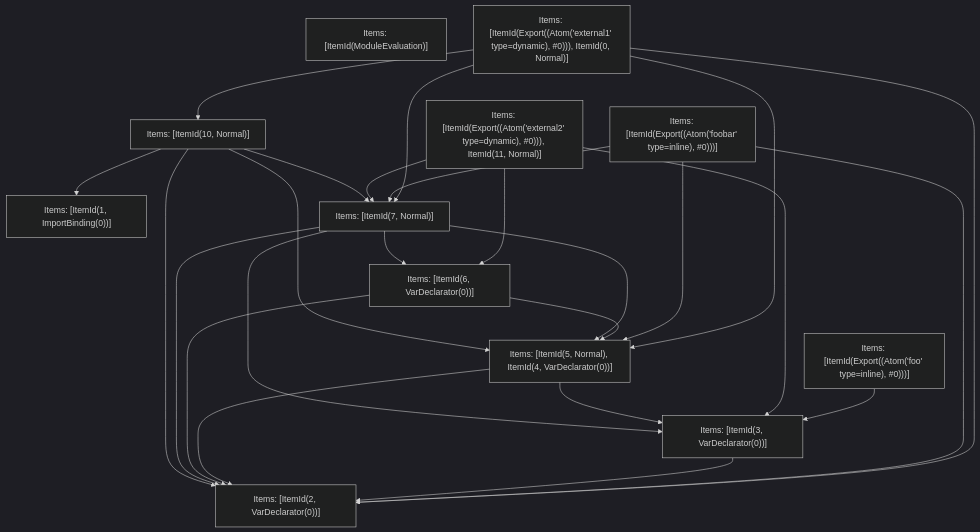
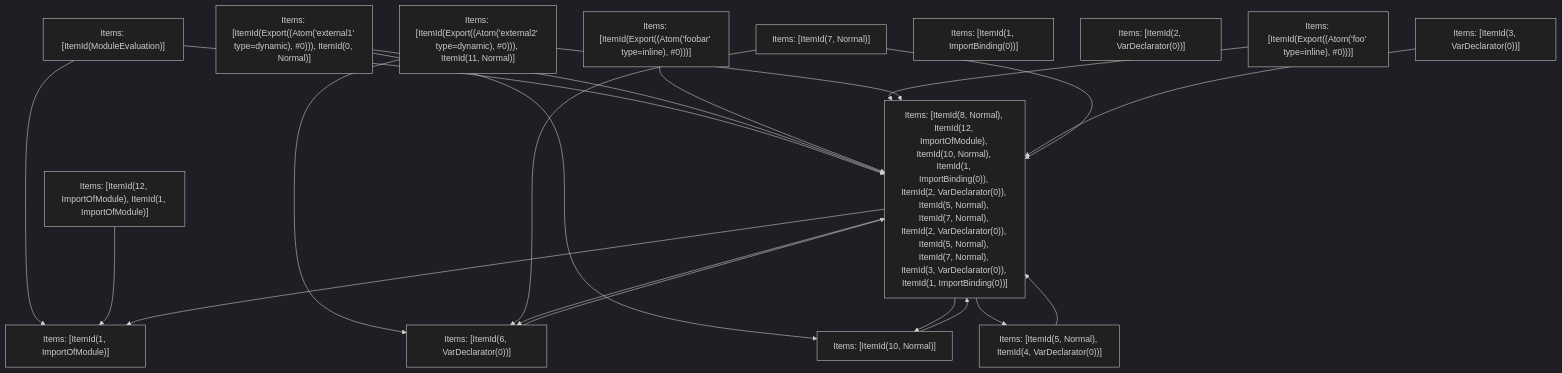
One commit to vercel/turborepo changed the fifth of 5 diagrams in crates/turbopack-ecmascript/tests/tree-shaker/analyzer/2/output.md. Above: the diagram before and after it, drawn with Mermaid (dark theme). The commit also changed 2 other files, not shown here.

Commit message:
Update test refs

````diff
--- a/crates/turbopack-ecmascript/tests/tree-shaker/analyzer/2/output.md
+++ b/crates/turbopack-ecmascript/tests/tree-shaker/analyzer/2/output.md
@@ -359,39 +359,37 @@
 ```mermaid
 graph TD
     N0["Items: [ItemId(ModuleEvaluation)]"];
     N1["Items: [ItemId(Export((Atom('external1' type=dynamic), #0))), ItemId(0, Normal)]"];
     N2["Items: [ItemId(Export((Atom('foobar' type=inline), #0)))]"];
     N3["Items: [ItemId(Export((Atom('foo' type=inline), #0)))]"];
     N4["Items: [ItemId(Export((Atom('external2' type=dynamic), #0))), ItemId(11, Normal)]"];
-    N5["Items: [ItemId(1, ImportBinding(0))]"];
-    N6["Items: [ItemId(2, VarDeclarator(0))]"];
-    N7["Items: [ItemId(3, VarDeclarator(0))]"];
-    N8["Items: [ItemId(5, Normal), ItemId(4, VarDeclarator(0))]"];
-    N9["Items: [ItemId(6, VarDeclarator(0))]"];
-    N10["Items: [ItemId(7, Normal)]"];
-    N11["Items: [ItemId(10, Normal)]"];
-    N1 --> N11;
-    N1 --> N6;
-    N1 --> N8;
-    N1 --> N10;
-    N2 --> N6;
-    N2 --> N8;
-    N2 --> N10;
-    N3 --> N7;
-    N4 --> N7;
-    N4 --> N9;
-    N4 --> N10;
-    N7 --> N6;
-    N8 --> N6;
-    N8 --> N7;
-    N9 --> N6;
-    N9 --> N8;
-    N10 --> N6;
-    N10 --> N8;
-    N10 --> N7;
-    N10 --> N9;
-    N11 --> N5;
-    N11 --> N6;
-    N11 --> N8;
-    N11 --> N10;
+    N5["Items: [ItemId(12, ImportOfModule), ItemId(1, ImportOfModule)]"];
+    N6["Items: [ItemId(1, ImportOfModule)]"];
+    N7["Items: [ItemId(1, ImportBinding(0))]"];
+    N8["Items: [ItemId(2, VarDeclarator(0))]"];
+    N9["Items: [ItemId(3, VarDeclarator(0))]"];
+    N10["Items: [ItemId(5, Normal), ItemId(4, VarDeclarator(0))]"];
+    N11["Items: [ItemId(6, VarDeclarator(0))]"];
+    N12["Items: [ItemId(7, Normal)]"];
+    N13["Items: [ItemId(8, Normal), ItemId(12, ImportOfModule), ItemId(10, Normal), ItemId(1, ImportBinding(0)), ItemId(2, VarDeclarator(0)), ItemId(5, Normal), ItemId(7, Normal), ItemId(2, VarDeclarator(0)), ItemId(5, Normal), ItemId(7, Normal), ItemId(3, VarDeclarator(0)), ItemId(1, ImportBinding(0))]"];
+    N14["Items: [ItemId(10, Normal)]"];
+    N0 --> N6;
+    N0 --> N13;
+    N1 --> N14;
+    N1 --> N13;
+    N2 --> N13;
+    N3 --> N13;
+    N4 --> N13;
+    N4 --> N11;
+    N5 --> N6;
+    N9 --> N13;
+    N10 --> N13;
+    N11 --> N13;
+    N12 --> N13;
+    N12 --> N11;
+    N13 --> N11;
+    N13 --> N14;
+    N13 --> N6;
+    N13 --> N10;
+    N14 --> N13;
 ```
````
